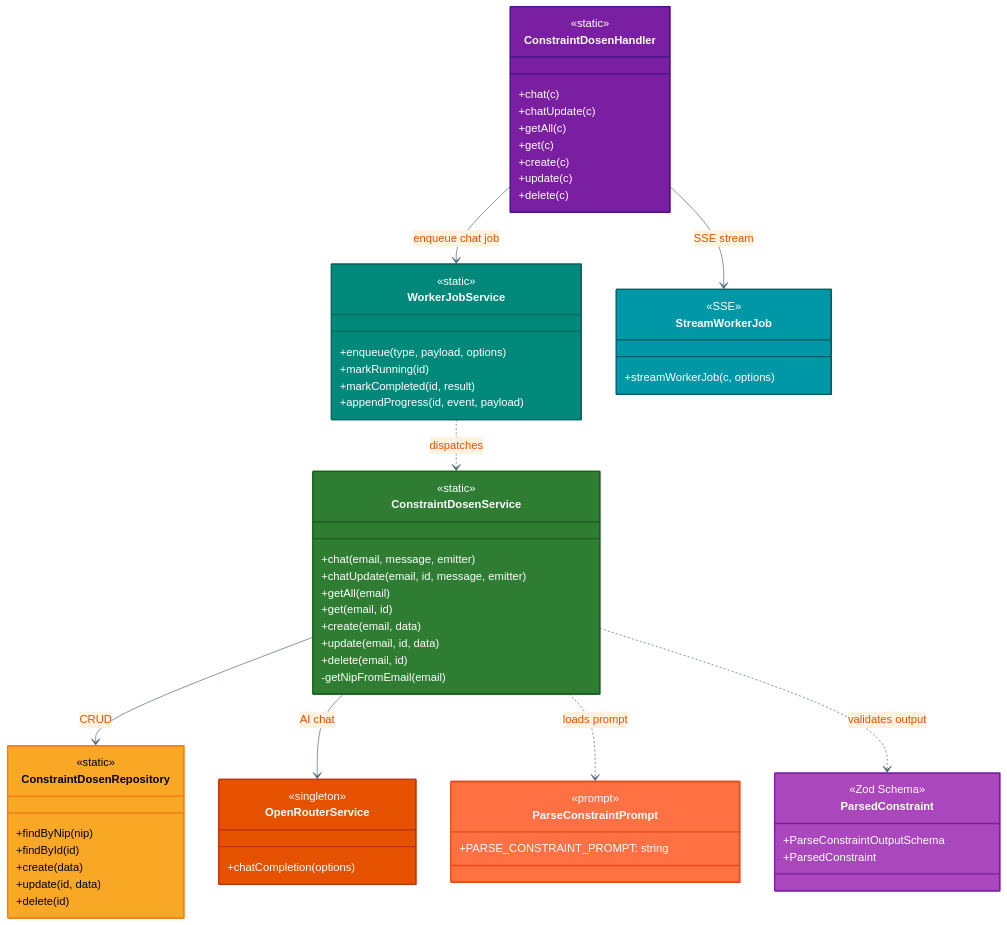
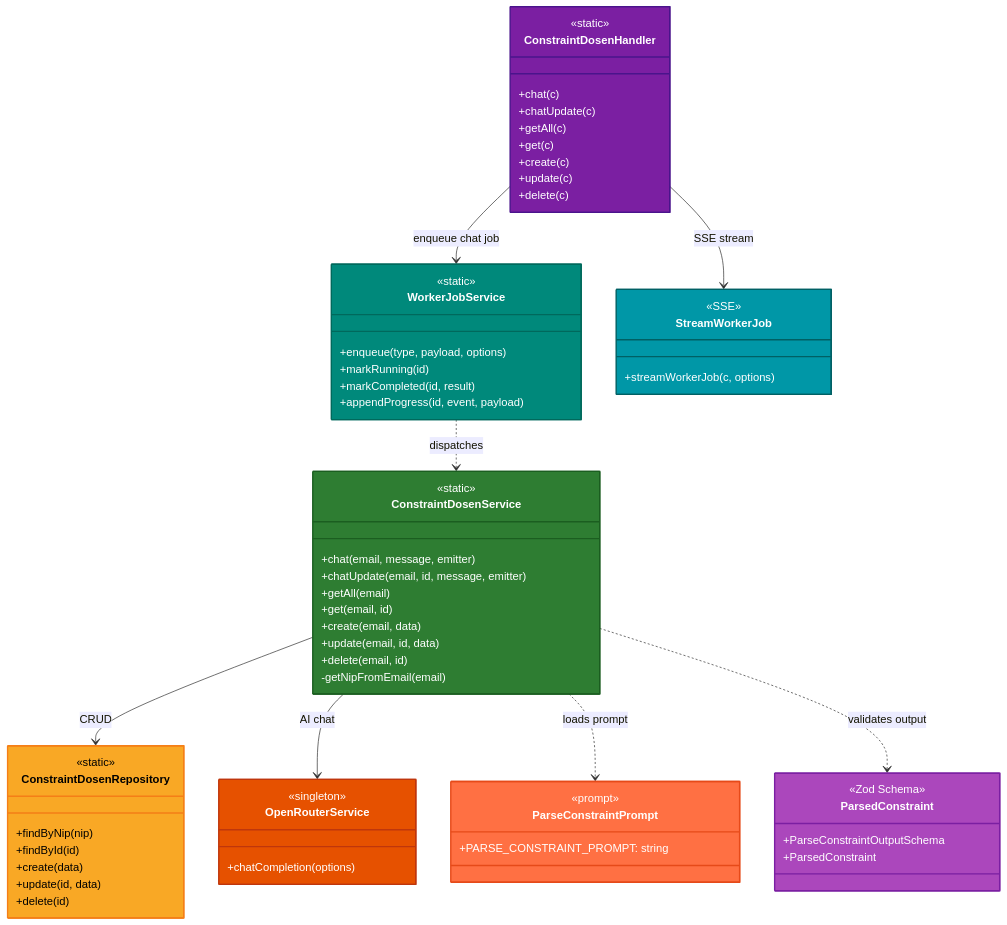
The ninth of 12 diagrams in architecture-c4-level4.md (luna-gindra/c4-architecture-hono-api-seminar), drawn with Mermaid before and after one commit. The commit also changed other lines of this file and 1 other file, not shown here.

First line of the commit message:
🎨 Fix: Switch all diagrams to default (white) theme for GitHub readability

````diff
--- a/architecture-c4-level4.md
+++ b/architecture-c4-level4.md
@@ -801,10 +749,5 @@
 ```mermaid
-%%{init: {"theme": "base", "themeVariables": {
-    "primaryColor": "#FFF3E0",
-    "primaryTextColor": "#E65100",
-    "lineColor": "#546E7A",
-    "fontSize": 13
-}}}%%
+%%{init: {"theme": "default"}}%%
 classDiagram
     class ConstraintDosenHandler {
         <<static>>
````
